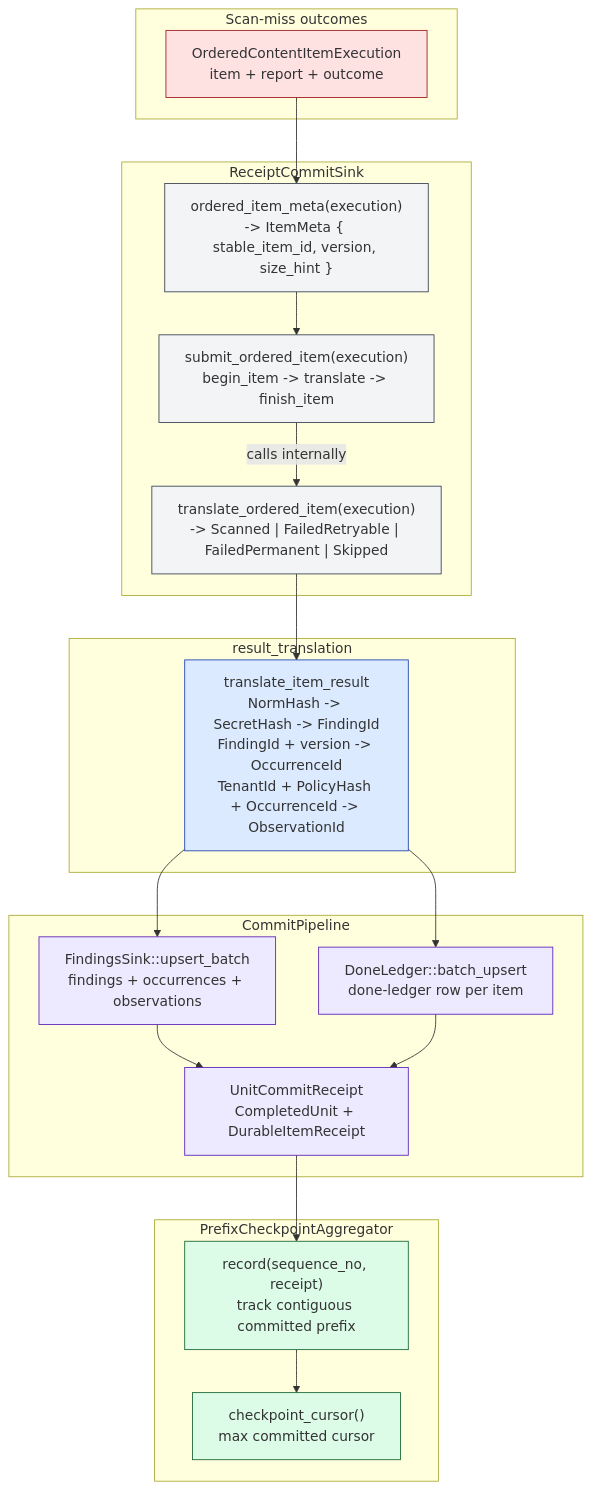
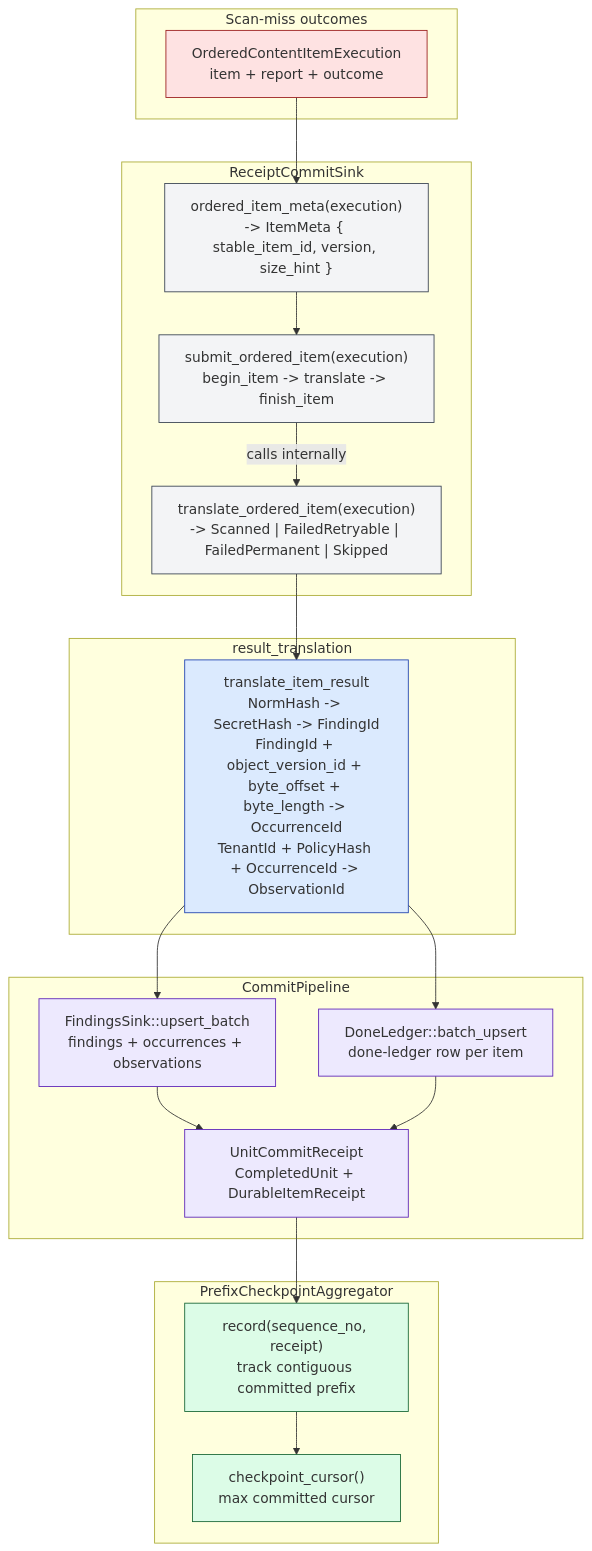
The fifth of 5 diagrams in diagrams/15-ordered-content-scan-flow.md (ahrav/Gossip-rs), drawn with Mermaid before and after one commit. The commit also changed other lines of this file, not shown here.

First line of the commit message:
Fix ordered content scan flow diagram: ExhaustedEmpty covers both empty source and two-call suffix cases

````diff
--- a/diagrams/15-ordered-content-scan-flow.md
+++ b/diagrams/15-ordered-content-scan-flow.md
@@ -287,50 +289,50 @@
 ```mermaid
 %% Diagram: ordered-content-commit-flow
 graph TD
     subgraph Execution["Scan-miss outcomes"]
         EXEC["OrderedContentItemExecution<br/>item + report + outcome"]
     end
 
     subgraph Sink["ReceiptCommitSink"]
         META["ordered_item_meta(execution)<br/>-> ItemMeta { stable_item_id, version, size_hint }"]
         SUB["submit_ordered_item(execution)<br/>begin_item -> translate -> finish_item"]
         XLAT["translate_ordered_item(execution)<br/>-> Scanned | FailedRetryable | FailedPermanent | Skipped"]
     end
 
     subgraph Translation["result_translation"]
-        TIR["translate_item_result<br/>NormHash -> SecretHash -> FindingId<br/>FindingId + version -> OccurrenceId<br/>TenantId + PolicyHash + OccurrenceId -> ObservationId"]
+        TIR["translate_item_result<br/>NormHash -> SecretHash -> FindingId<br/>FindingId + object_version_id + byte_offset + byte_length -> OccurrenceId<br/>TenantId + PolicyHash + OccurrenceId -> ObservationId"]
     end
 
     subgraph Pipeline["CommitPipeline"]
         FIND["FindingsSink::upsert_batch<br/>findings + occurrences + observations"]
         DL["DoneLedger::batch_upsert<br/>done-ledger row per item"]
         REC["UnitCommitReceipt<br/>CompletedUnit + DurableItemReceipt"]
     end
 
     subgraph Aggregator["PrefixCheckpointAggregator"]
         AGG["record(sequence_no, receipt)<br/>track contiguous committed prefix"]
         CUR["checkpoint_cursor()<br/>max committed cursor"]
     end
 
     EXEC --> META
     META --> SUB
     SUB -->|"calls internally"| XLAT
     XLAT --> TIR
     TIR --> FIND
     TIR --> DL
     FIND --> REC
     DL --> REC
     REC --> AGG
     AGG --> CUR
 
     style EXEC fill:#FEE2E2,stroke:#991B1B
     style META fill:#F3F4F6,stroke:#374151
     style XLAT fill:#F3F4F6,stroke:#374151
     style SUB fill:#F3F4F6,stroke:#374151
     style TIR fill:#DBEAFE,stroke:#1E40AF
     style FIND fill:#EDE9FE,stroke:#5B21B6
     style DL fill:#EDE9FE,stroke:#5B21B6
     style REC fill:#EDE9FE,stroke:#5B21B6
     style AGG fill:#DCFCE7,stroke:#166534
     style CUR fill:#DCFCE7,stroke:#166534
 ```
````
